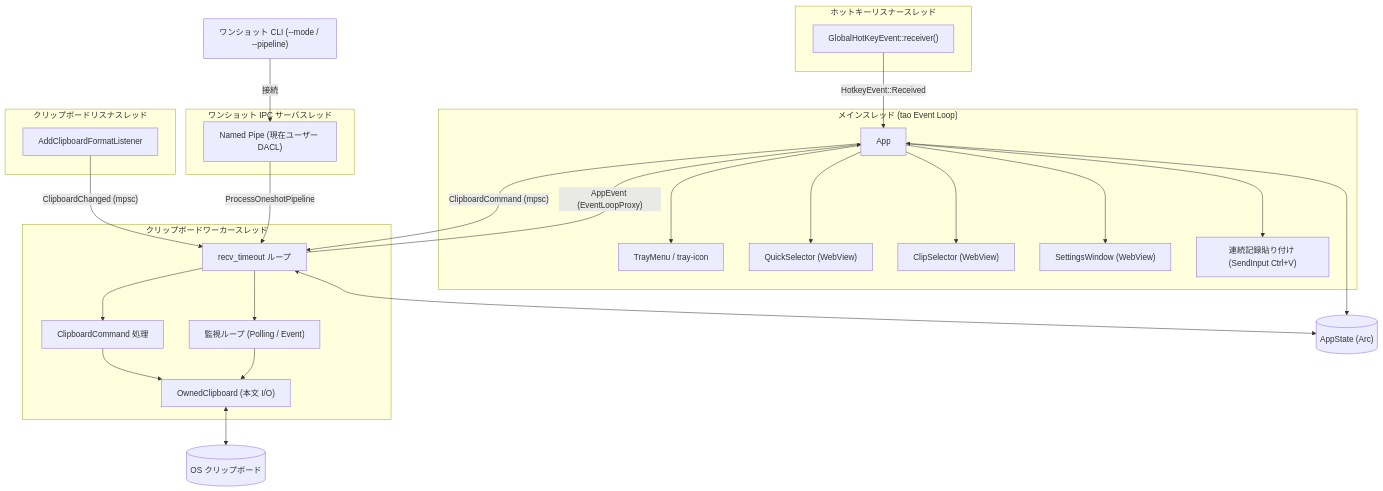
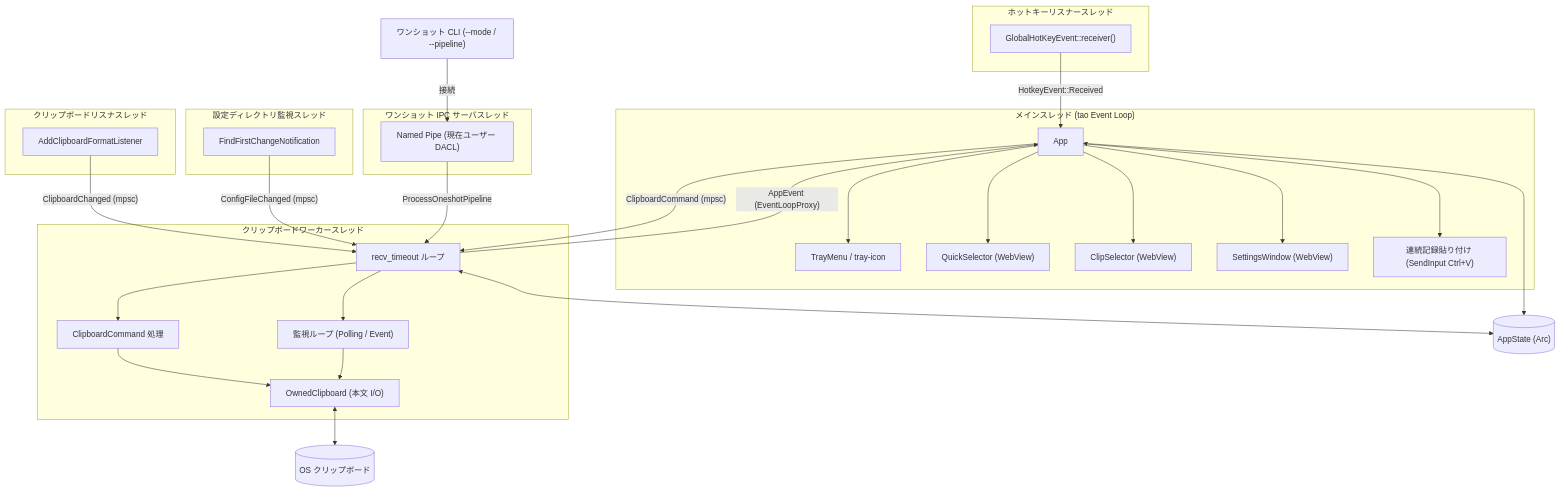
Before and after one commit to GnudMna/clip-refiner: the diagram in DEVELOPMENT.md, drawn with Mermaid. The commit also changed other lines of this file and 122 other files, not shown here.

````diff
--- a/DEVELOPMENT.md
+++ b/DEVELOPMENT.md
@@ -833,53 +869,58 @@
 ```mermaid
 flowchart TB
     subgraph main ["メインスレッド (tao Event Loop)"]
         App["App"]
         Tray["TrayMenu / tray-icon"]
         QS["QuickSelector (WebView)"]
         CS["ClipSelector (WebView)"]
         SW["SettingsWindow (WebView)"]
         Paste["連続記録貼り付け (SendInput Ctrl+V)"]
         App --> Tray
         App --> QS
         App --> CS
         App --> SW
         App --> Paste
     end
 
     subgraph hotkey_thread ["ホットキーリスナースレッド"]
         GHK["GlobalHotKeyEvent::receiver()"]
     end
 
     subgraph listener ["クリップボードリスナスレッド"]
         CFL["AddClipboardFormatListener"]
     end
 
+    subgraph config_watch ["設定ディレクトリ監視スレッド"]
+        CFW["FindFirstChangeNotification"]
+    end
+
     subgraph ipc_server ["ワンショット IPC サーバスレッド"]
         Pipe["Named Pipe (現在ユーザー DACL)"]
     end
 
     subgraph worker ["クリップボードワーカースレッド"]
         WL["recv_timeout ループ"]
         Mon["監視ループ (Polling / Event)"]
         Cmd["ClipboardCommand 処理"]
         Owned["OwnedClipboard (本文 I/O)"]
         WL --> Mon
         WL --> Cmd
         Cmd --> Owned
         Mon --> Owned
     end
 
     CB[("OS クリップボード")]
     State[("AppState (Arc)")]
     CLI["ワンショット CLI (--mode / --pipeline)"]
 
     GHK -->|"HotkeyEvent::Received"| App
     App -->|"ClipboardCommand (mpsc)"| WL
     CFL -->|"ClipboardChanged (mpsc)"| WL
+    CFW -->|"ConfigFileChanged (mpsc)"| WL
     Pipe -->|"ProcessOneshotPipeline"| WL
     CLI -->|"接続"| Pipe
     WL -->|"AppEvent (EventLoopProxy)"| App
     Owned <--> CB
     App <--> State
     WL <--> State
 ```
````
